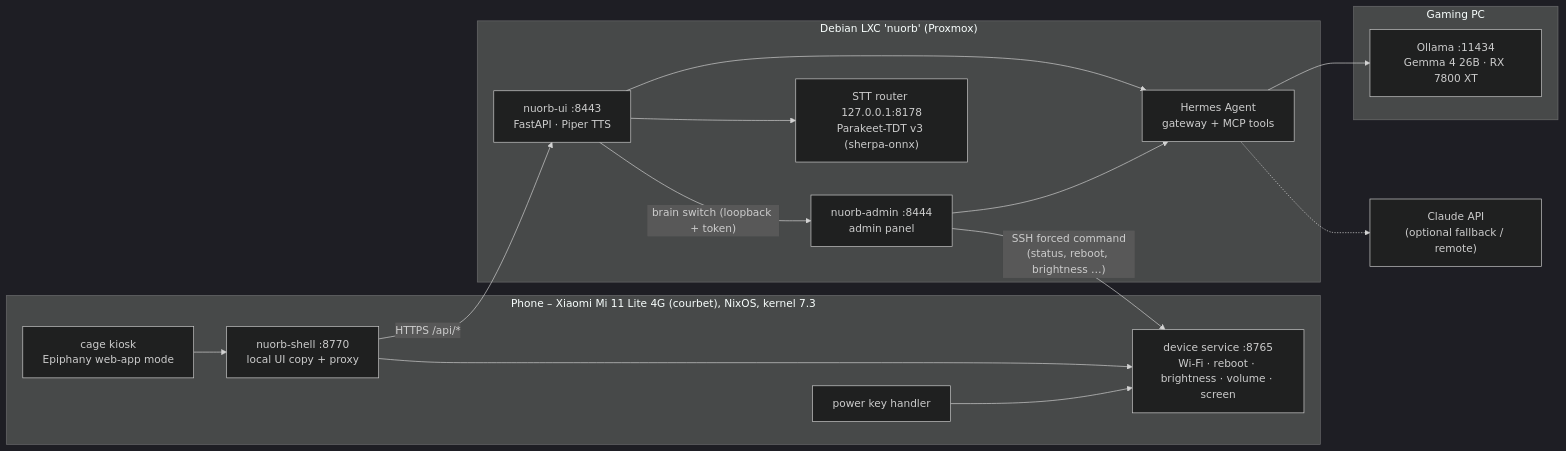
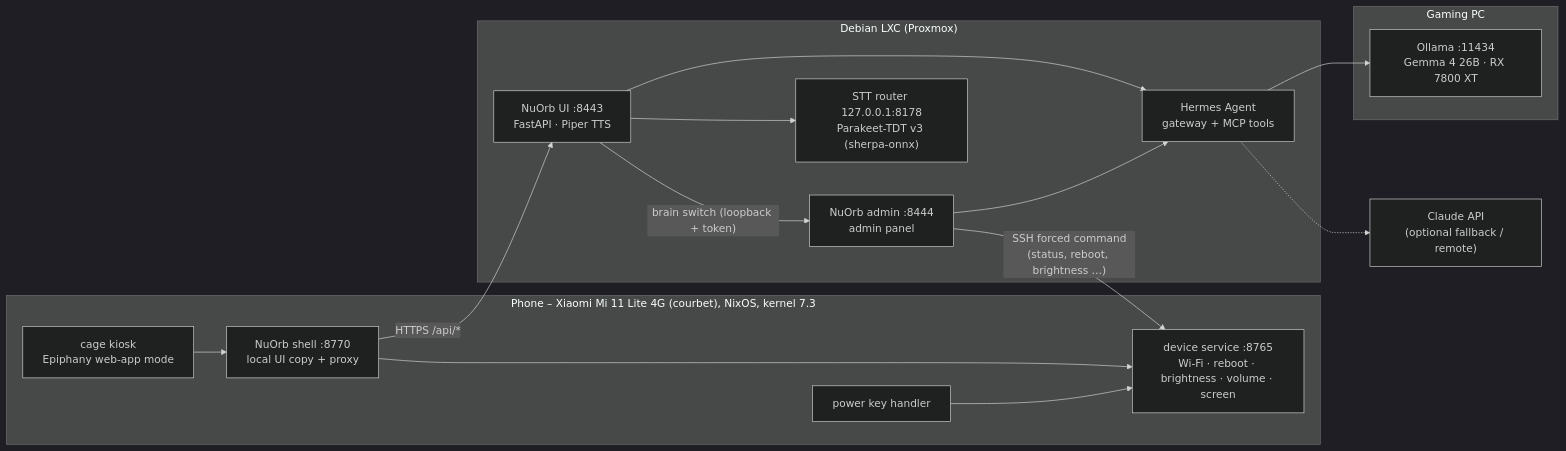
The diagram in README.md (Anarki-LNX/jarvis-lnx), drawn with Mermaid (dark theme) before and after one commit. The commit also changed other lines of this file and 25 other files, not shown here.

First line of the commit message:
NuOrb v0.3.0: new image name ghcr.io/anarki-lnx/nuorb, NuOrb naming everywhere

````diff
--- a/README.md
+++ b/README.md
@@ -85,30 +89,30 @@
 ```mermaid
 flowchart LR
   subgraph Phone["Phone – Xiaomi Mi 11 Lite 4G (courbet), NixOS, kernel 7.3"]
-    K["cage kiosk<br/>Epiphany web-app mode"] --> S["nuorb-shell :8770<br/>local UI copy + proxy"]
+    K["cage kiosk<br/>Epiphany web-app mode"] --> S["NuOrb shell :8770<br/>local UI copy + proxy"]
     S --> G["device service :8765<br/>Wi-Fi · reboot · brightness · volume · screen"]
     P["power key handler"] --> G
   end
 
-  subgraph LXC["Debian LXC 'nuorb' (Proxmox)"]
-    UI["nuorb-ui :8443<br/>FastAPI · Piper TTS"]
-    AD["nuorb-admin :8444<br/>admin panel"]
+  subgraph LXC["Debian LXC (Proxmox)"]
+    UI["NuOrb UI :8443<br/>FastAPI · Piper TTS"]
+    AD["NuOrb admin :8444<br/>admin panel"]
     H["Hermes Agent<br/>gateway + MCP tools"]
     STT["STT router 127.0.0.1:8178<br/>Parakeet-TDT v3 (sherpa-onnx)"]
     UI --> H
     UI --> STT
     UI -- "brain switch (loopback + token)" --> AD
     AD --> H
   end
 
   subgraph PC["Gaming PC"]
     O["Ollama :11434<br/>Gemma 4 26B · RX 7800 XT"]
   end
 
   C["Claude API<br/>(optional fallback / remote)"]
 
   S -- "HTTPS /api/*" --> UI
   H --> O
   H -.-> C
   AD -- "SSH forced command<br/>(status, reboot, brightness …)" --> G
 ```
````
